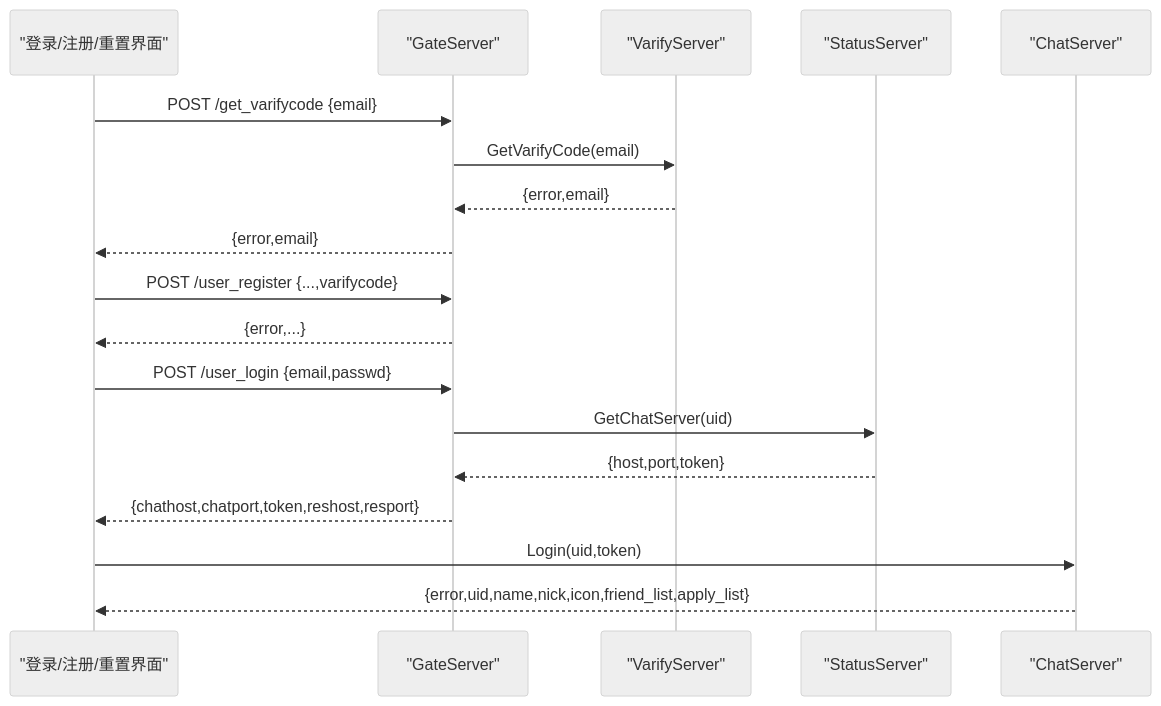
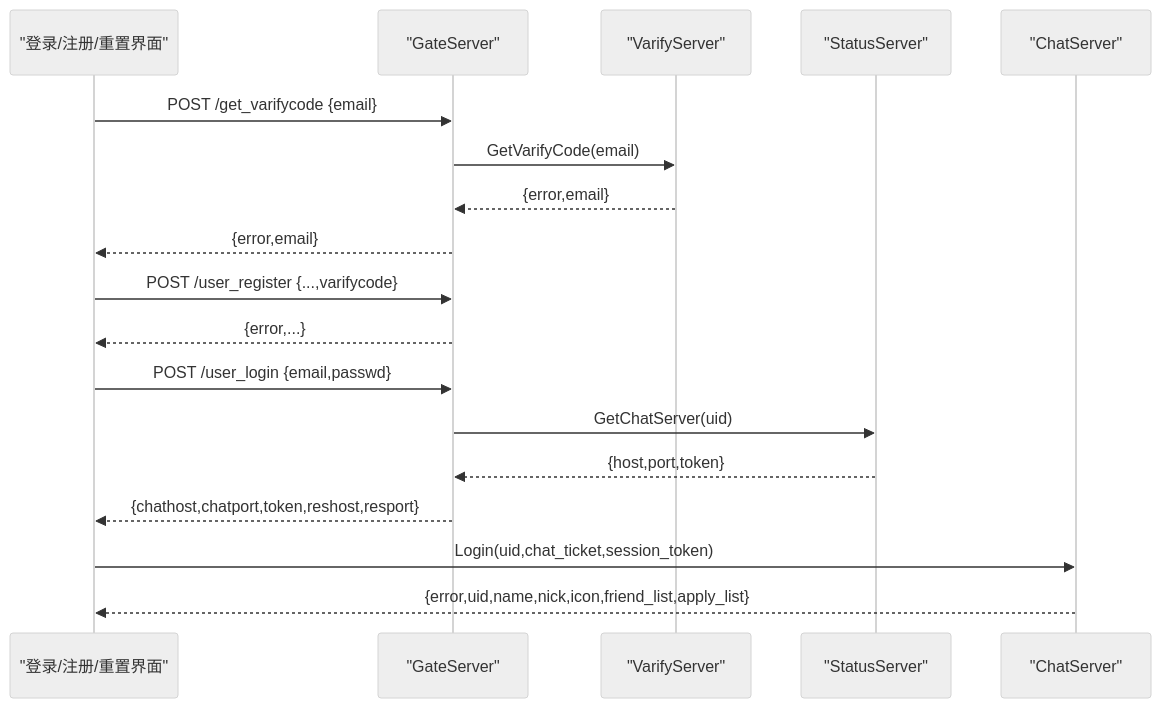
Before and after one commit to echo9923/mychatter: the tenth of 11 diagrams in .qoder/repowiki/zh/content/安全设计/身份认证系统/身份认证系统.md, drawn with Mermaid (neutral theme). The commit also changed other lines of this file and 107 other files, not shown here.

````diff
--- a/.qoder/repowiki/zh/content/安全设计/身份认证系统/身份认证系统.md
+++ b/.qoder/repowiki/zh/content/安全设计/身份认证系统/身份认证系统.md
@@ -317,20 +415,20 @@
 ```mermaid
 sequenceDiagram
 participant UI as "登录/注册/重置界面"
 participant HTTP as "GateServer"
 participant Verify as "VarifyServer"
 participant Status as "StatusServer"
 participant Chat as "ChatServer"
 UI->>HTTP : POST /get_varifycode {email}
 HTTP->>Verify : GetVarifyCode(email)
 Verify-->>HTTP : {error,email}
 HTTP-->>UI : {error,email}
 UI->>HTTP : POST /user_register {...,varifycode}
 HTTP-->>UI : {error,...}
 UI->>HTTP : POST /user_login {email,passwd}
 HTTP->>Status : GetChatServer(uid)
 Status-->>HTTP : {host,port,token}
 HTTP-->>UI : {chathost,chatport,token,reshost,resport}
-UI->>Chat : Login(uid,token)
+UI->>Chat : Login(uid,chat_ticket,session_token)
 Chat-->>UI : {error,uid,name,nick,icon,friend_list,apply_list}
 ```
````
